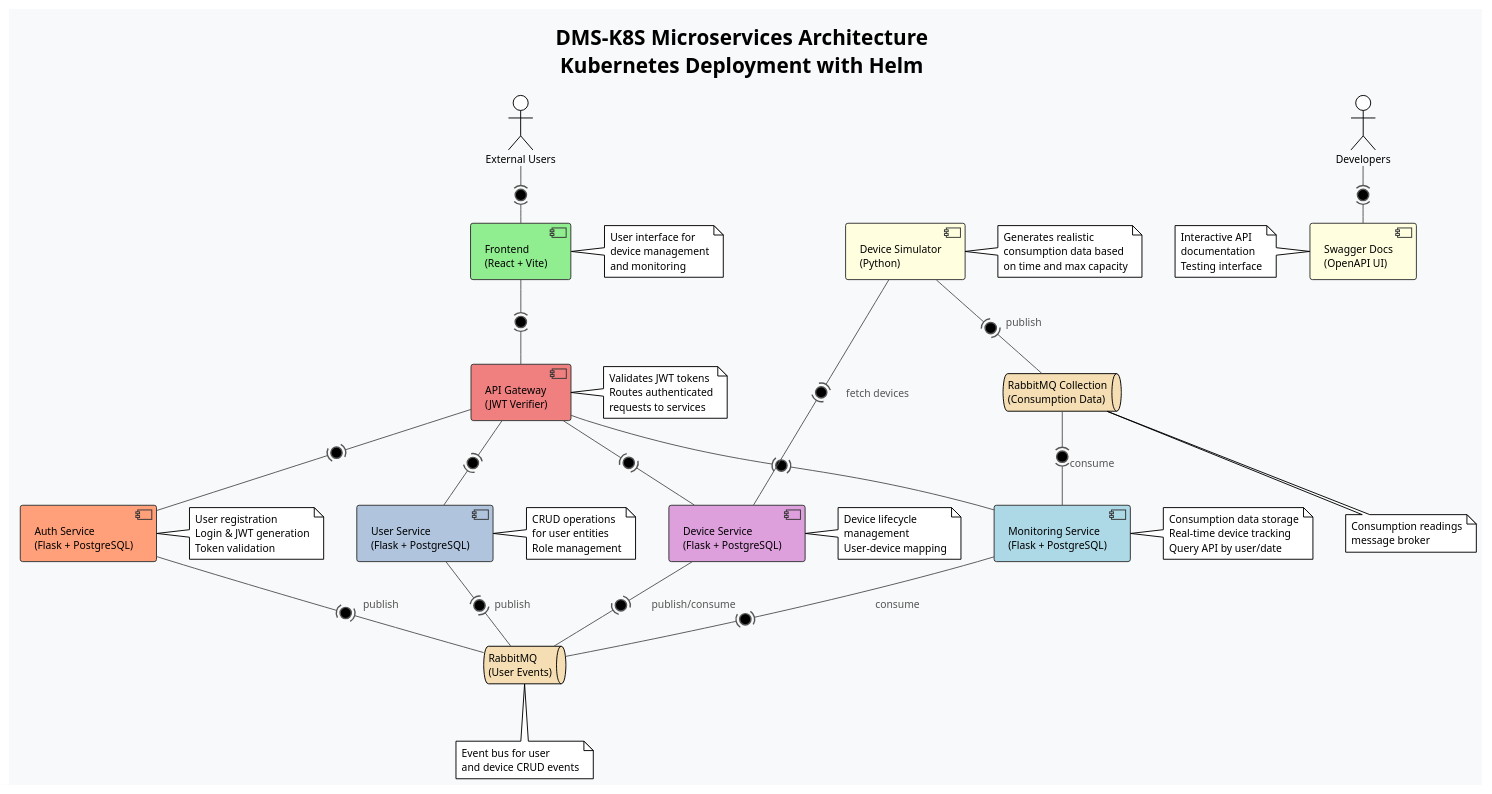
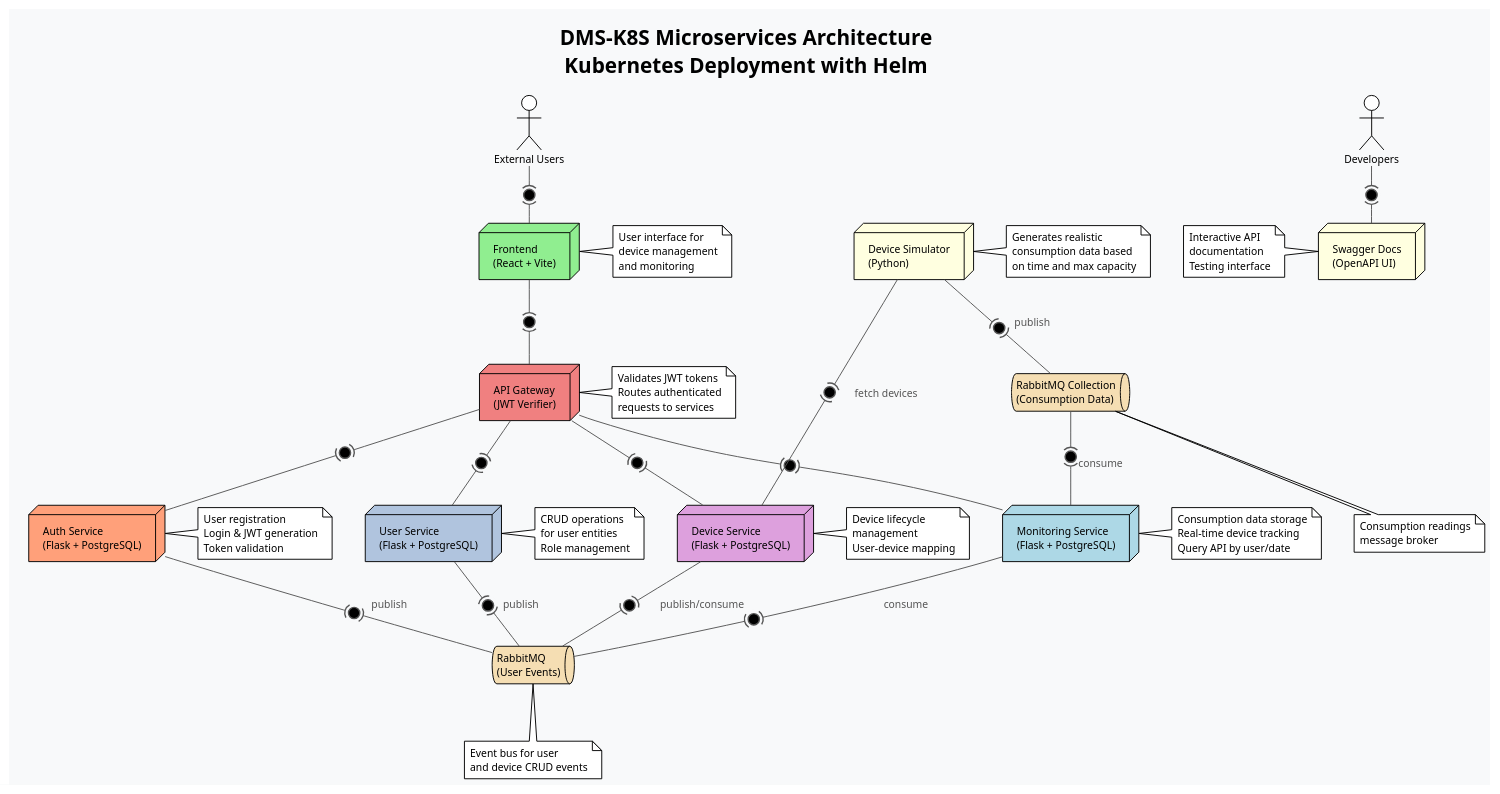
The diagram in deployment.puml (Simi445/DMS-K8S), drawn with PlantUML before and after one commit.

Commit message:
Refactored README

```diff
--- a/deployment.puml
+++ b/deployment.puml
@@ -1,104 +1,104 @@
 @startuml
 !theme plain
 skinparam backgroundColor #f8f9fa
 skinparam defaultFontSize 11
 skinparam component {
   BackgroundColor white
   BorderColor #333333
   FontColor #000000
 }
 skinparam ArrowColor #555555
 skinparam ArrowFontColor #555555
 
 title **DMS-K8S Microservices Architecture**\nKubernetes Deployment with Helm
 
 actor "External Users" as Users
 actor "Developers" as Devs
 
-component "Frontend\n(React + Vite)" as Frontend #lightgreen
+node "Frontend\n(React + Vite)" as Frontend #lightgreen
 note right of Frontend
   User interface for
   device management
   and monitoring
 end note
 
-component "API Gateway\n(JWT Verifier)" as Gateway #lightcoral
+node "API Gateway\n(JWT Verifier)" as Gateway #lightcoral
 note right of Gateway
   Validates JWT tokens
   Routes authenticated
   requests to services
 end note
 
-component "Auth Service\n(Flask + PostgreSQL)" as Auth #lightsalmon
+node "Auth Service\n(Flask + PostgreSQL)" as Auth #lightsalmon
 note right of Auth
   User registration
   Login & JWT generation
   Token validation
 end note
 
-component "User Service\n(Flask + PostgreSQL)" as User #lightsteelblue
+node "User Service\n(Flask + PostgreSQL)" as User #lightsteelblue
 note right of User
   CRUD operations
   for user entities
   Role management
 end note
 
-component "Device Service\n(Flask + PostgreSQL)" as Device #plum
+node "Device Service\n(Flask + PostgreSQL)" as Device #plum
 note right of Device
   Device lifecycle
   management
   User-device mapping
 end note
 
-component "Monitoring Service\n(Flask + PostgreSQL)" as Monitoring #lightblue
+node "Monitoring Service\n(Flask + PostgreSQL)" as Monitoring #lightblue
 note right of Monitoring
   Consumption data storage
   Real-time device tracking
   Query API by user/date
 end note
 
-component "Device Simulator\n(Python)" as Simulator #lightyellow
+node "Device Simulator\n(Python)" as Simulator #lightyellow
 note right of Simulator
   Generates realistic
   consumption data based
   on time and max capacity
 end note
 
 queue "RabbitMQ\n(User Events)" as RabbitMQ1 #wheat
 note bottom of RabbitMQ1
   Event bus for user
   and device CRUD events
 end note
 
 queue "RabbitMQ Collection\n(Consumption Data)" as RabbitMQ2 #wheat
 note bottom of RabbitMQ2
   Consumption readings
   message broker
 end note
 
-component "Swagger Docs\n(OpenAPI UI)" as Swagger #lightyellow
+node "Swagger Docs\n(OpenAPI UI)" as Swagger #lightyellow
 note left of Swagger
   Interactive API
   documentation
   Testing interface
 end note
 
 Users -(0)- Frontend
 Frontend -(0)- Gateway
 Gateway -(0)- Auth
 Gateway -(0)- User
 Gateway -(0)- Device
 Gateway -(0)- Monitoring
 
 Auth -(0)- RabbitMQ1 : publish
 User -(0)- RabbitMQ1 : publish
 Device -(0)- RabbitMQ1 : publish/consume
 Monitoring -(0)- RabbitMQ1 : consume
 
 Simulator -(0)- Device : fetch devices
 Simulator -(0)- RabbitMQ2 : publish
 RabbitMQ2 -(0)- Monitoring : consume
 
 Devs -(0)- Swagger
 
 @enduml
```
